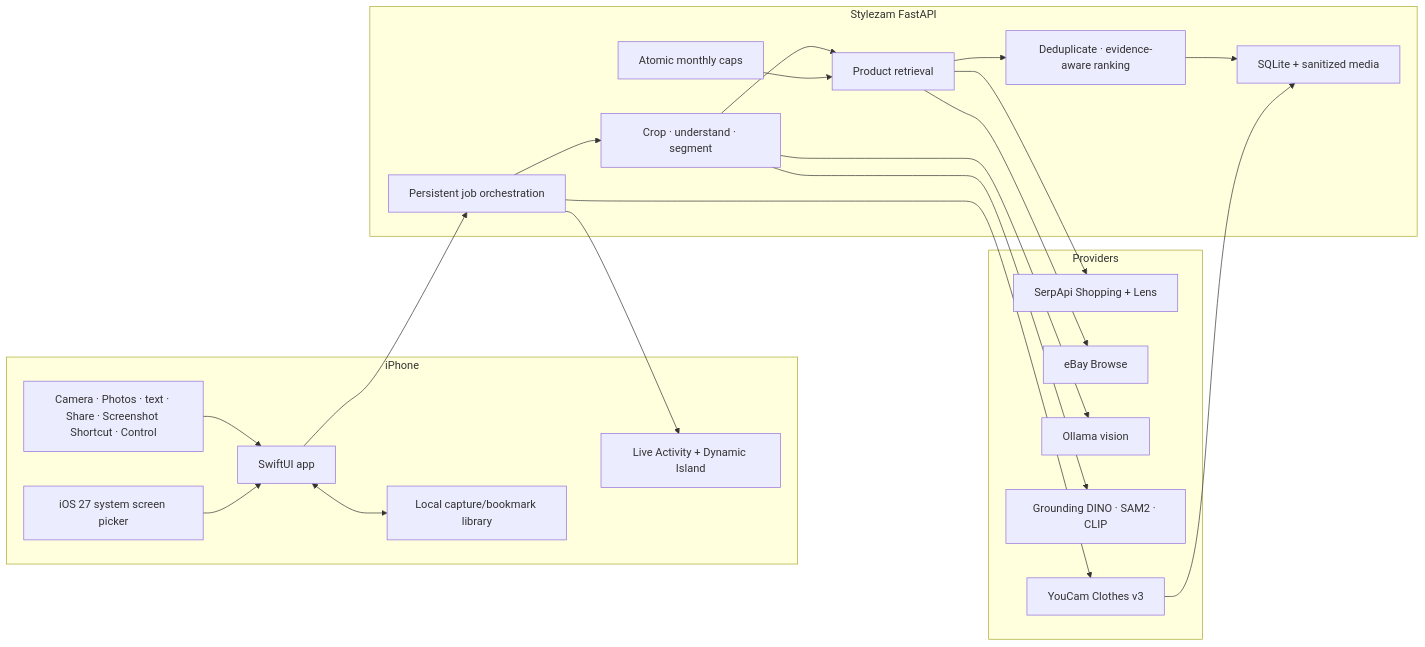
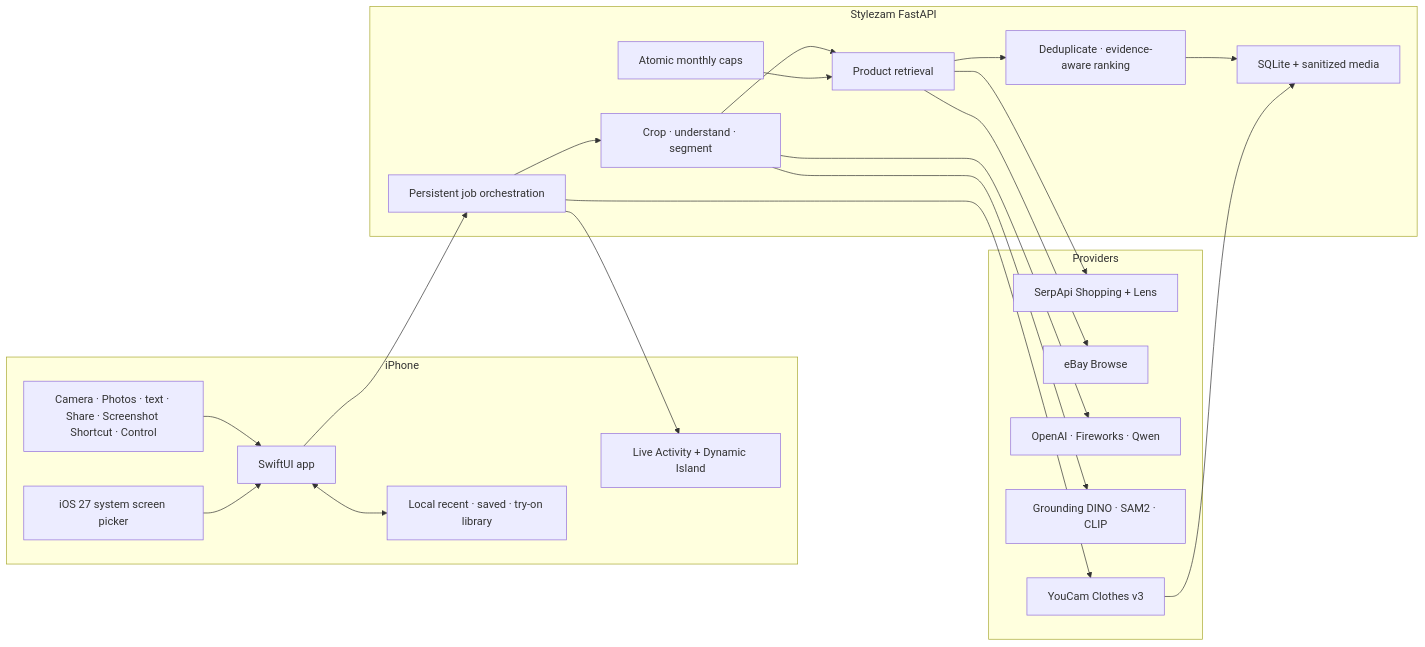
The diagram in docs/ARCHITECTURE.md (meowshmalloww/Stylezam), drawn with Mermaid before and after one commit. The commit also changed other lines of this file and 35 other files, not shown here.

````diff
--- a/docs/ARCHITECTURE.md
+++ b/docs/ARCHITECTURE.md
@@ -9,41 +9,41 @@
 ```mermaid
 flowchart LR
     subgraph iPhone
         Inputs["Camera · Photos · text · Share · Screenshot Shortcut · Control"]
         Picker["iOS 27 system screen picker"]
         App["SwiftUI app"]
         Live["Live Activity + Dynamic Island"]
-        Local["Local capture/bookmark library"]
+        Local["Local recent · saved · try-on library"]
     end
 
     subgraph API["Stylezam FastAPI"]
         Jobs["Persistent job orchestration"]
         Understand["Crop · understand · segment"]
         Retrieve["Product retrieval"]
         Rank["Deduplicate · evidence-aware ranking"]
         DB["SQLite + sanitized media"]
         Quota["Atomic monthly caps"]
     end
 
     subgraph Providers
         Serp["SerpApi Shopping + Lens"]
         Ebay["eBay Browse"]
-        Ollama["Ollama vision"]
+        HostedVision["OpenAI · Fireworks · Qwen"]
         LocalCV["Grounding DINO · SAM2 · CLIP"]
         YouCam["YouCam Clothes v3"]
     end
 
     Inputs --> App
     Picker --> App
     App --> Jobs
     Jobs --> Live
     Jobs --> Understand --> Retrieve --> Rank --> DB
     Quota --> Retrieve
-    Understand --> Ollama
+    Understand --> HostedVision
     Understand --> LocalCV
     Retrieve --> Serp
     Retrieve --> Ebay
     App <--> Local
     Jobs --> YouCam
     YouCam --> DB
 ```
````
